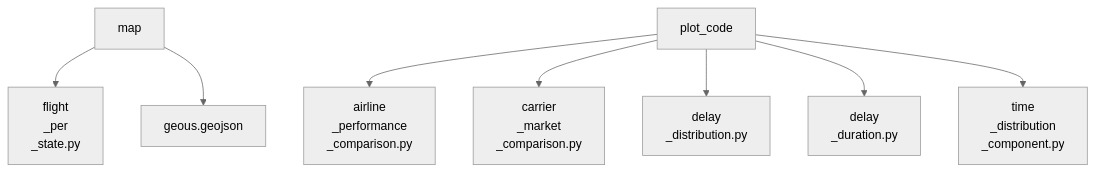
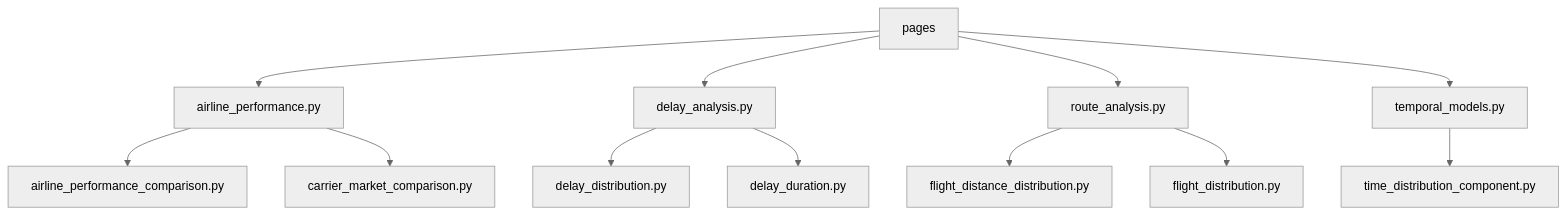
One commit to Mathatou/Data_Python changed the third of 5 diagrams in README.md. Above: the diagram before and after it, drawn with Mermaid (neutral theme). The commit also changed other lines of this file, not shown here.

````diff
--- a/README.md
+++ b/README.md
@@ -40,14 +96,19 @@
 ```mermaid
-%% Section 2 : map et plot_code
+%% Section 4 : src/pages
 graph TD
-    C[map]
-    C --> C1[flight<br>_per<br>_state.py]
-    C --> C2[geous.geojson]
+    D[pages]
+    D --> D1[airline_performance.py]
+    D1 --> P1[airline_performance_comparison.py]
+    D1 --> P2[carrier_market_comparison.py]
 
-    D[plot_code]
-    D --> D1[airline<br>_performance<br>_comparison.py]
-    D --> D2[carrier<br>_market<br>_comparison.py]
-    D --> D3[delay<br>_distribution.py]
-    D --> D4[delay<br>_duration.py]
-    D --> D5[time<br>_distribution<br>_component.py]
+    D --> D2[delay_analysis.py]
+    D2 --> P3[delay_distribution.py]
+    D2 --> P4[delay_duration.py]
+
+    D --> D3[route_analysis.py]
+    D3 --> P5[flight_distance_distribution.py]
+    D3 --> P6[flight_distribution.py]
+
+    D --> D4[temporal_models.py]
+    D4 --> P7[time_distribution_component.py]
 ```
````
